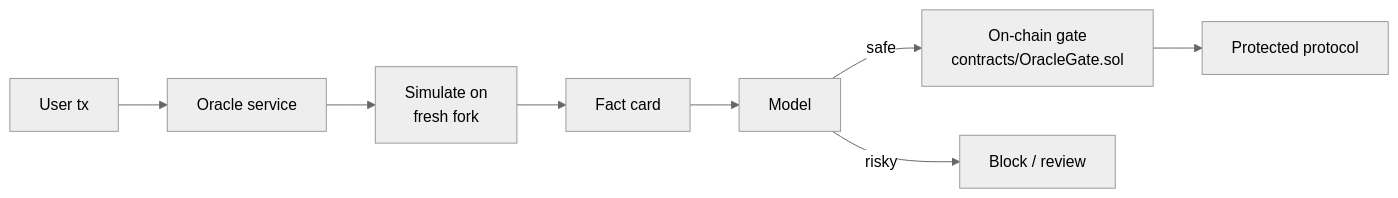
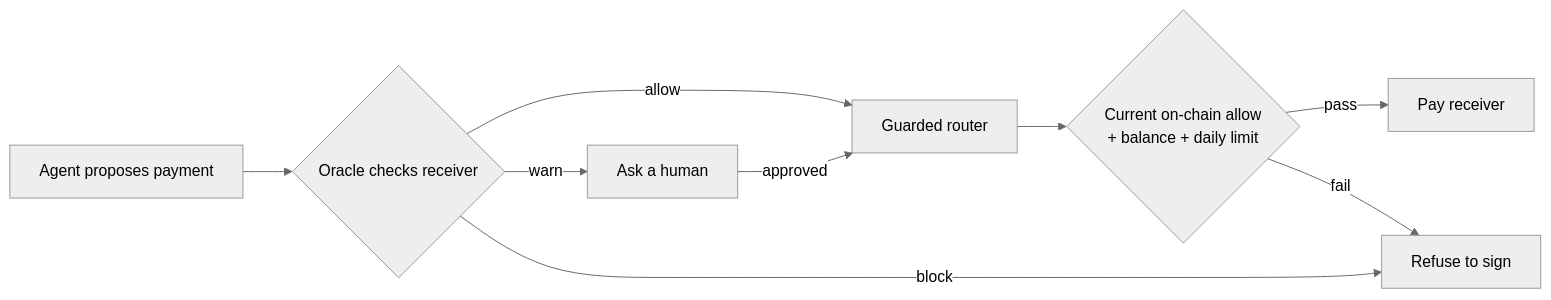
One commit to fuzious/Croft changed the diagram in README.md. Above: the diagram before and after it, drawn with Mermaid (neutral theme). The commit also changed other lines of this file and 1025 other files, not shown here.

````diff
--- a/README.md
+++ b/README.md
@@ -64,6 +7,11 @@
 ```mermaid
 flowchart LR
-    U[User tx] --> O[Oracle service] --> S[Simulate on<br/>fresh fork] --> C[Fact card] --> M[Model]
-    M -- safe --> G[On-chain gate<br/>contracts/OracleGate.sol] --> P[Protected protocol]
-    M -- risky --> B[Block / review]
+    A[Agent proposes payment] --> O{Oracle checks receiver}
+    O -->|allow| R[Guarded router]
+    O -->|warn| H[Ask a human]
+    O -->|block| X[Refuse to sign]
+    H -->|approved| R
+    R --> G{Current on-chain allow<br/>+ balance + daily limit}
+    G -->|pass| P[Pay receiver]
+    G -->|fail| X
 ```
````
